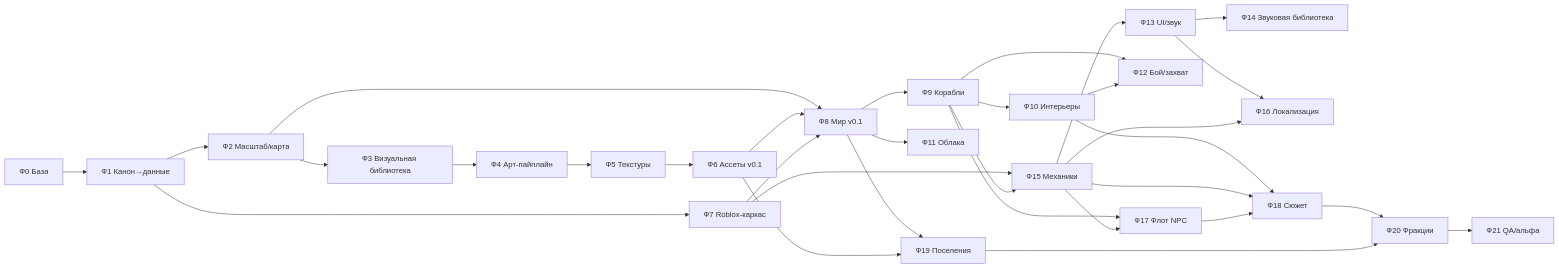
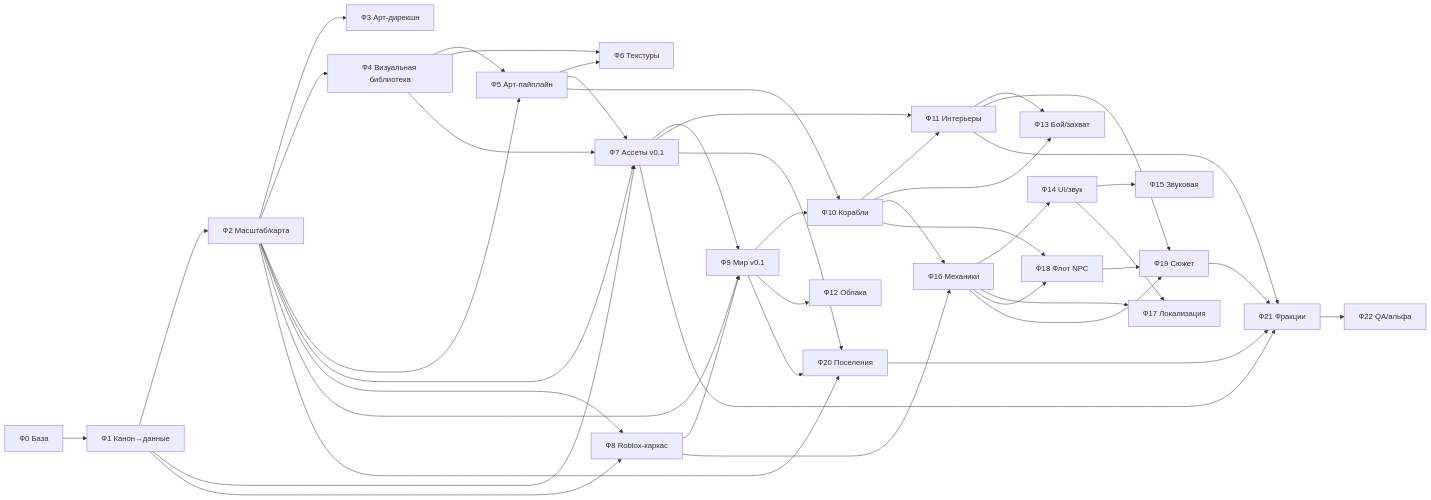
Before and after one commit to arksne/ThreeHorizons: the diagram in ROADMAP_0.1.md, drawn with Mermaid. The commit also changed other lines of this file and 48 other files, not shown here.

````diff
--- a/ROADMAP_0.1.md
+++ b/ROADMAP_0.1.md
@@ -77,34 +79,46 @@
 ```mermaid
 flowchart LR
   F0[Ф0 База] --> F1[Ф1 Канон→данные]
-  F1 --> F2[Ф2 Масштаб/карта]
-  F2 --> F3[Ф3 Визуальная библиотека]
-  F3 --> F4[Ф4 Арт-пайплайн]
-  F4 --> F5[Ф5 Текстуры]
-  F5 --> F6[Ф6 Ассеты v0.1]
-  F1 --> F7[Ф7 Roblox-каркас]
-  F2 --> F8[Ф8 Мир v0.1]
-  F6 --> F8
-  F7 --> F8
-  F8 --> F9[Ф9 Корабли]
-  F9 --> F10[Ф10 Интерьеры]
-  F8 --> F11[Ф11 Облака]
-  F7 --> F15[Ф15 Механики]
-  F9 --> F15
-  F15 --> F13[Ф13 UI/звук]
-  F13 --> F14[Ф14 Звуковая библиотека]
-  F9 --> F12[Ф12 Бой/захват]
-  F10 --> F12
-  F13 --> F16[Ф16 Локализация]
-  F15 --> F16
-  F9 --> F17[Ф17 Флот NPC]
-  F15 --> F17
-  F10 --> F18[Ф18 Сюжет]
-  F15 --> F18
-  F17 --> F18
-  F8 --> F19[Ф19 Поселения]
-  F6 --> F19
-  F18 --> F20[Ф20 Фракции]
-  F19 --> F20
-  F20 --> F21[Ф21 QA/альфа]
+  F1[Ф1 Канон→данные] --> F2[Ф2 Масштаб/карта]
+  F2[Ф2 Масштаб/карта] --> F3[Ф3 Арт-дирекшн]
+  F2[Ф2 Масштаб/карта] --> F4[Ф4 Визуальная библиотека]
+  F2[Ф2 Масштаб/карта] --> F5[Ф5 Арт-пайплайн]
+  F4[Ф4 Визуальная библиотека] --> F5[Ф5 Арт-пайплайн]
+  F4[Ф4 Визуальная библиотека] --> F6[Ф6 Текстуры]
+  F5[Ф5 Арт-пайплайн] --> F6[Ф6 Текстуры]
+  F1[Ф1 Канон→данные] --> F7[Ф7 Ассеты v0.1]
+  F2[Ф2 Масштаб/карта] --> F7[Ф7 Ассеты v0.1]
+  F4[Ф4 Визуальная библиотека] --> F7[Ф7 Ассеты v0.1]
+  F5[Ф5 Арт-пайплайн] --> F7[Ф7 Ассеты v0.1]
+  F1[Ф1 Канон→данные] --> F8[Ф8 Roblox-каркас]
+  F2[Ф2 Масштаб/карта] --> F8[Ф8 Roblox-каркас]
+  F2[Ф2 Масштаб/карта] --> F9[Ф9 Мир v0.1]
+  F7[Ф7 Ассеты v0.1] --> F9[Ф9 Мир v0.1]
+  F8[Ф8 Roblox-каркас] --> F9[Ф9 Мир v0.1]
+  F5[Ф5 Арт-пайплайн] --> F10[Ф10 Корабли]
+  F9[Ф9 Мир v0.1] --> F10[Ф10 Корабли]
+  F7[Ф7 Ассеты v0.1] --> F11[Ф11 Интерьеры]
+  F10[Ф10 Корабли] --> F11[Ф11 Интерьеры]
+  F9[Ф9 Мир v0.1] --> F12[Ф12 Облака]
+  F10[Ф10 Корабли] --> F13[Ф13 Бой/захват]
+  F11[Ф11 Интерьеры] --> F13[Ф13 Бой/захват]
+  F16[Ф16 Механики] --> F14[Ф14 UI/звук]
+  F14[Ф14 UI/звук] --> F15[Ф15 Звуковая]
+  F8[Ф8 Roblox-каркас] --> F16[Ф16 Механики]
+  F10[Ф10 Корабли] --> F16[Ф16 Механики]
+  F14[Ф14 UI/звук] --> F17[Ф17 Локализация]
+  F16[Ф16 Механики] --> F17[Ф17 Локализация]
+  F10[Ф10 Корабли] --> F18[Ф18 Флот NPC]
+  F16[Ф16 Механики] --> F18[Ф18 Флот NPC]
+  F11[Ф11 Интерьеры] --> F19[Ф19 Сюжет]
+  F16[Ф16 Механики] --> F19[Ф19 Сюжет]
+  F18[Ф18 Флот NPC] --> F19[Ф19 Сюжет]
+  F2[Ф2 Масштаб/карта] --> F20[Ф20 Поселения]
+  F7[Ф7 Ассеты v0.1] --> F20[Ф20 Поселения]
+  F9[Ф9 Мир v0.1] --> F20[Ф20 Поселения]
+  F7[Ф7 Ассеты v0.1] --> F21[Ф21 Фракции]
+  F11[Ф11 Интерьеры] --> F21[Ф21 Фракции]
+  F19[Ф19 Сюжет] --> F21[Ф21 Фракции]
+  F20[Ф20 Поселения] --> F21[Ф21 Фракции]
+  F21[Ф21 Фракции] --> F22[Ф22 QA/альфа]
 ```
````
